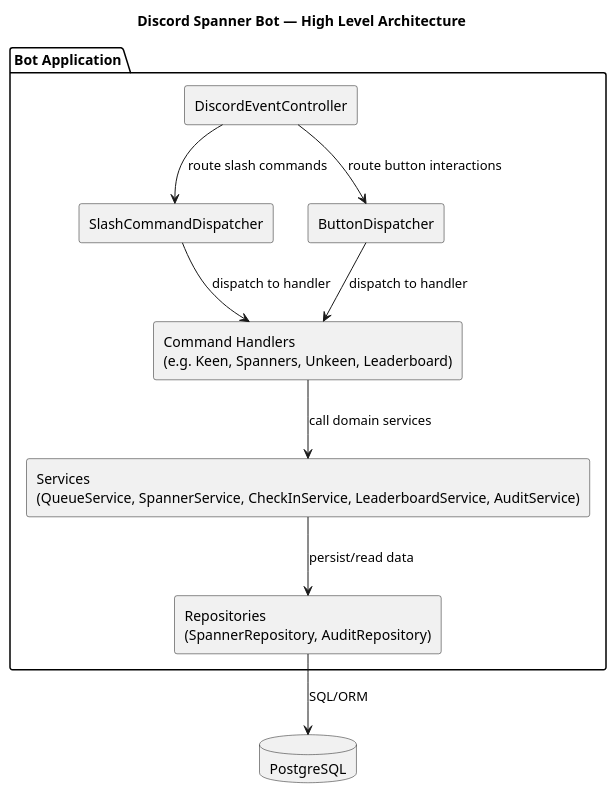
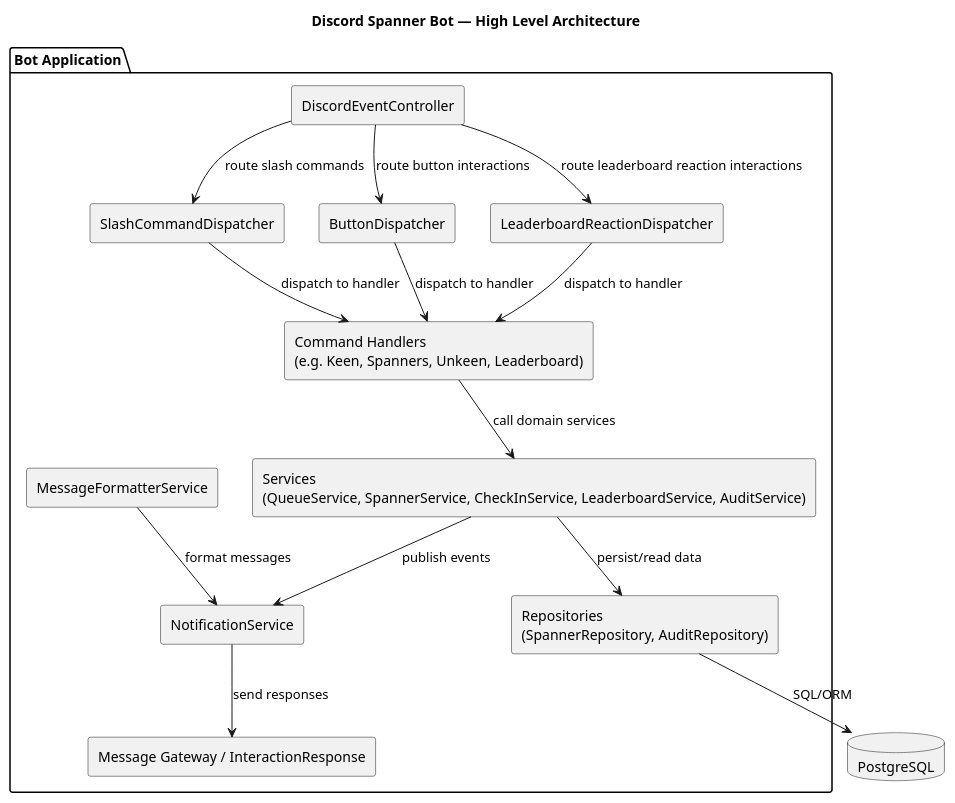
One commit to JNicoG/discord-spanner-bot changed the diagram in docs/diagrams/architecture.puml. Above: the diagram before and after it, drawn with PlantUML. The commit also changed 8 other files, not shown here.

Commit message:
update diagrams and readme

```diff
--- a/docs/diagrams/architecture.puml
+++ b/docs/diagrams/architecture.puml
@@ -1,25 +1,35 @@
 @startuml
 skinparam componentStyle rectangle
 
 title Discord Spanner Bot — High Level Architecture
 
 package "Bot Application" {
   component "DiscordEventController" as Controller
   component "SlashCommandDispatcher" as SlashDispatcher
   component "ButtonDispatcher" as ButtonDispatcher
   component "Command Handlers\n(e.g. Keen, Spanners, Unkeen, Leaderboard)" as CommandHandlers
   component "Services\n(QueueService, SpannerService, CheckInService, LeaderboardService, AuditService)" as Services
   component "Repositories\n(SpannerRepository, AuditRepository)" as Repository
+  component "LeaderboardReactionDispatcher" as LeaderboardReactionDispatcher
+  component "NotificationService" as NotificationService
+  component "MessageFormatterService" as MessageFormatter
+  component "Message Gateway / InteractionResponse" as MessageGateway
 }
 
 database "PostgreSQL" as PostgresDB
 
 Controller --> SlashDispatcher : route slash commands
 Controller --> ButtonDispatcher : route button interactions
+Controller --> LeaderboardReactionDispatcher : route leaderboard reaction interactions
 SlashDispatcher --> CommandHandlers : dispatch to handler
 ButtonDispatcher --> CommandHandlers : dispatch to handler
+LeaderboardReactionDispatcher --> CommandHandlers : dispatch to handler
 CommandHandlers --> Services : call domain services
 Services --> Repository : persist/read data
 Repository --> PostgresDB : SQL/ORM
 
+Services --> NotificationService : publish events
+MessageFormatter --> NotificationService : format messages
+NotificationService --> MessageGateway : send responses
+
 @enduml
```
